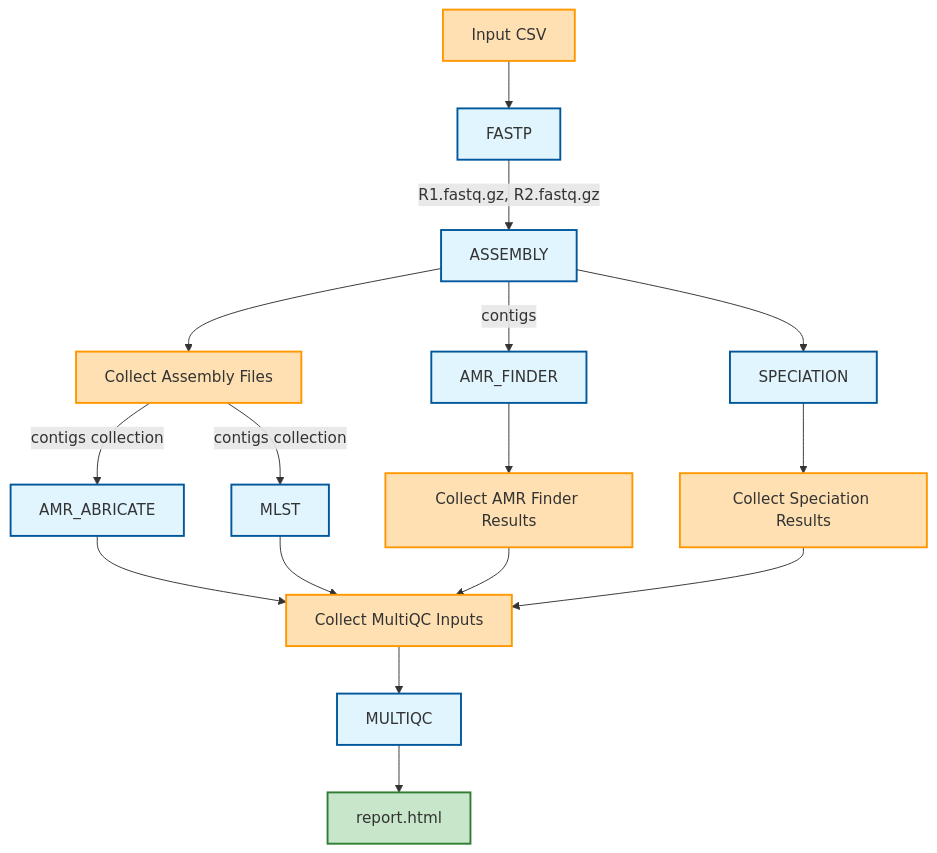
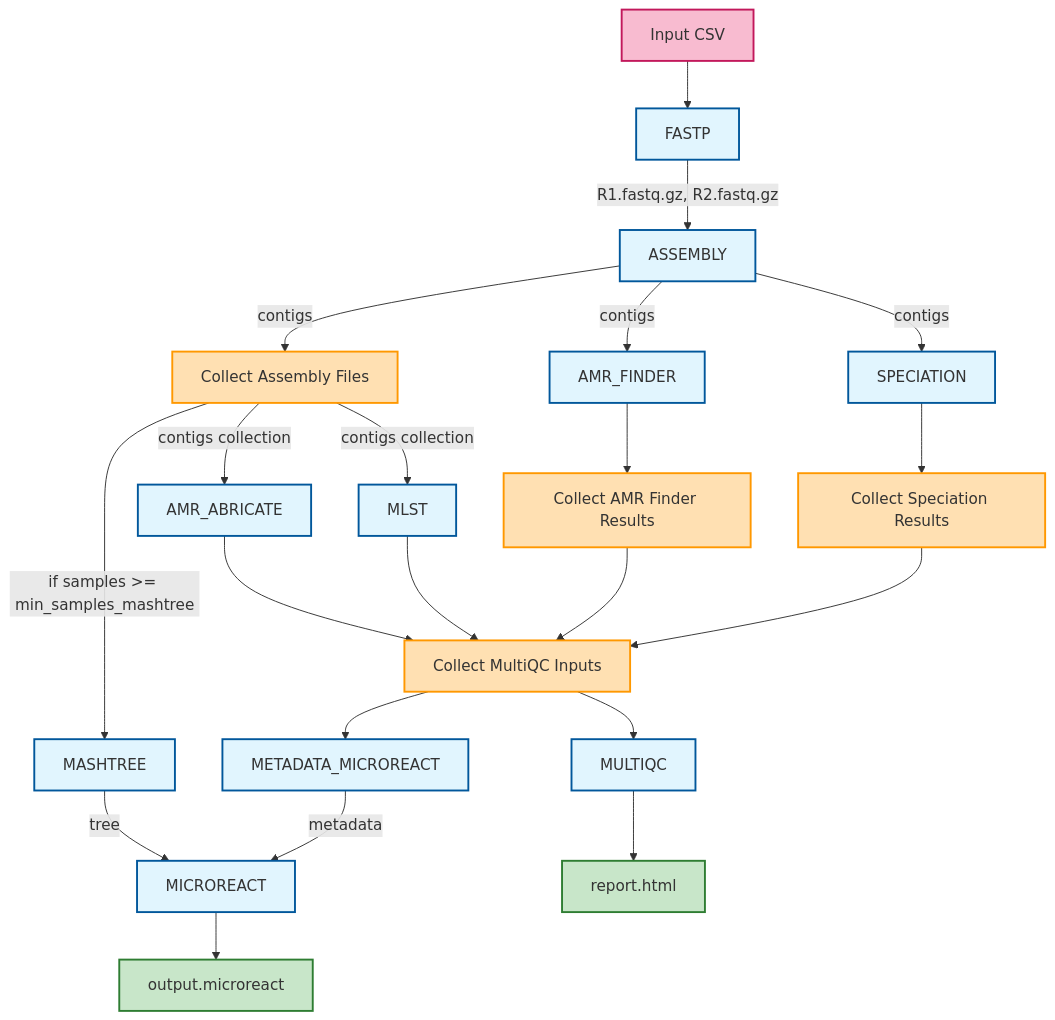
One commit to thanhleviet/mbap-bacteria changed the diagram in README.md. Above: the diagram before and after it, drawn with Mermaid.

Commit message:
update diagram

````diff
--- a/README.md
+++ b/README.md
@@ -3,26 +3,39 @@
 ```mermaid
 flowchart TD
     input[Input CSV] --> FASTP
     FASTP[FASTP] --> |R1.fastq.gz, R2.fastq.gz| ASSEMBLY
-    ASSEMBLY[ASSEMBLY] --> SPECIATION
+    ASSEMBLY[ASSEMBLY] --> |contigs| SPECIATION
     ASSEMBLY --> |contigs| AMR_FINDER
-    ASSEMBLY --> collect_assembly[Collect Assembly Files]
+    ASSEMBLY --> |contigs| collect_assembly[Collect Assembly Files]
+    
     collect_assembly --> |contigs collection| AMR_ABRICATE
     collect_assembly --> |contigs collection| MLST
+    collect_assembly --> |"if samples >= min_samples_mashtree"| MASHTREE
+    
     SPECIATION --> speciation_out[Collect Speciation Results]
     AMR_FINDER --> amr_finder_out[Collect AMR Finder Results]
+    
     AMR_ABRICATE --> multiqc_in[Collect MultiQC Inputs]
     MLST --> multiqc_in
     amr_finder_out --> multiqc_in
     speciation_out --> multiqc_in
+    
     multiqc_in --> MULTIQC
+    multiqc_in --> METADATA_MICROREACT
+    
+    MASHTREE --> |tree| MICROREACT
+    METADATA_MICROREACT --> |metadata| MICROREACT
+    
     MULTIQC --> report[report.html]
+    MICROREACT --> microreact_output[output.microreact]
 
     classDef process fill:#e1f5fe,stroke:#01579b,stroke-width:2px;
     classDef channel fill:#ffe0b2,stroke:#ff9800,stroke-width:2px;
     classDef output fill:#c8e6c9,stroke:#2e7d32,stroke-width:2px;
+    classDef input fill:#f8bbd0,stroke:#c2185b,stroke-width:2px;
     
-    class FASTP,ASSEMBLY,SPECIATION,AMR_ABRICATE,AMR_FINDER,MLST,MULTIQC process;
-    class input,collect_assembly,multiqc_in,amr_finder_out,speciation_out channel;
-    class report output;
+    class FASTP,ASSEMBLY,SPECIATION,AMR_ABRICATE,AMR_FINDER,MLST,MULTIQC,MASHTREE,METADATA_MICROREACT,MICROREACT process;
+    class collect_assembly,multiqc_in,amr_finder_out,speciation_out channel;
+    class report,microreact_output output;
+    class input input;
 ```
````
